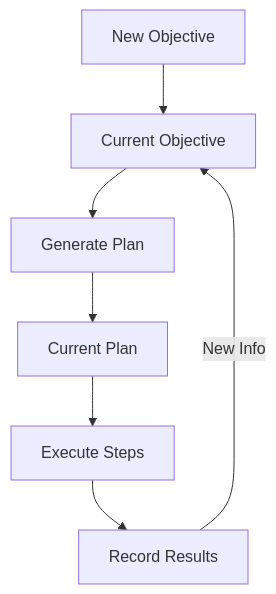
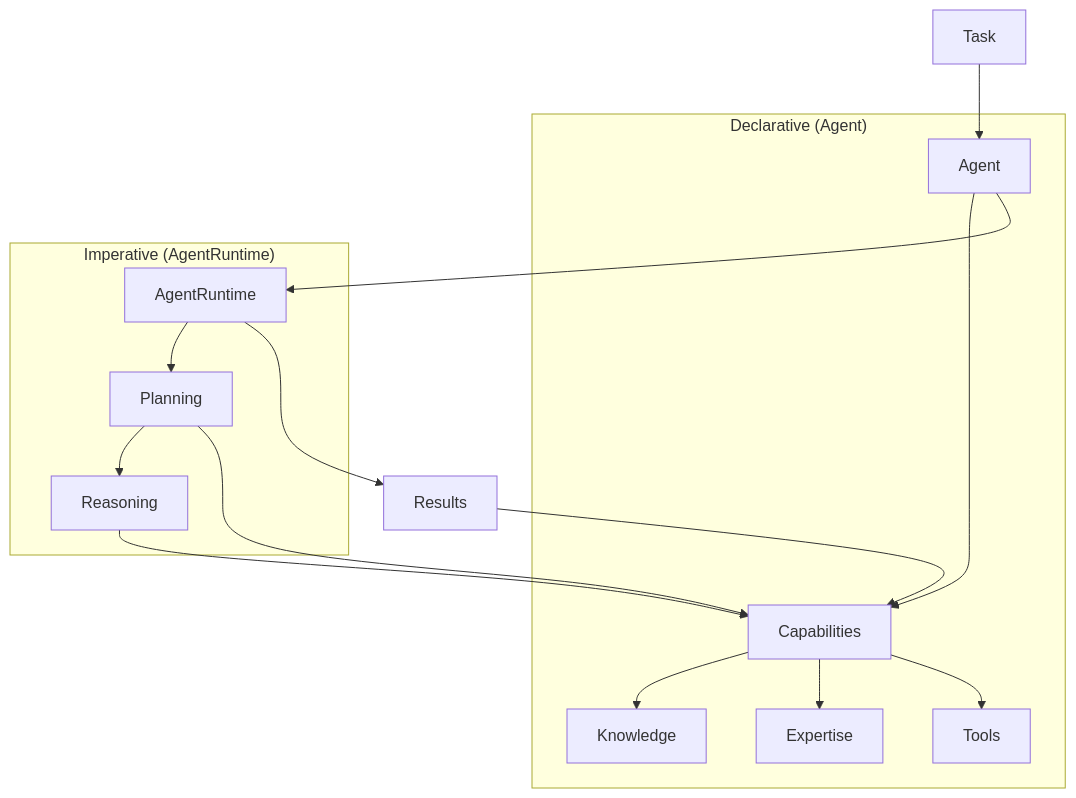
The second of 2 diagrams in opendxa/agent/README.md (aitomatic/dana), drawn with Mermaid before and after one commit. The commit also changed other lines of this file and 26 other files, not shown here.

First line of the commit message:
Refactor OpenDXA architecture and enhance documentation

````diff
--- a/opendxa/agent/README.md
+++ b/opendxa/agent/README.md
@@ -192,9 +152,21 @@
 ```mermaid
-graph TD
-    A[New Objective] --> B[Current Objective]
-    B --> C[Generate Plan]
-    C --> D[Current Plan]
-    D --> E[Execute Steps]
-    E --> F[Record Results]
-    F --> |New Info|B
+graph TB
+    subgraph "Declarative (Agent)"
+        A[Agent] --> C[Capabilities]
+        C --> K[Knowledge]
+        C --> E[Expertise]
+        C --> T[Tools]
+    end
+
+    subgraph "Imperative (AgentRuntime)"
+        AR[AgentRuntime] --> P[Planning]
+        P --> R[Reasoning]
+        P --> C
+        R --> C
+    end
+
+    Task --> A
+    A --> AR
+    AR --> Results
+    Results --> C
 ```
````
